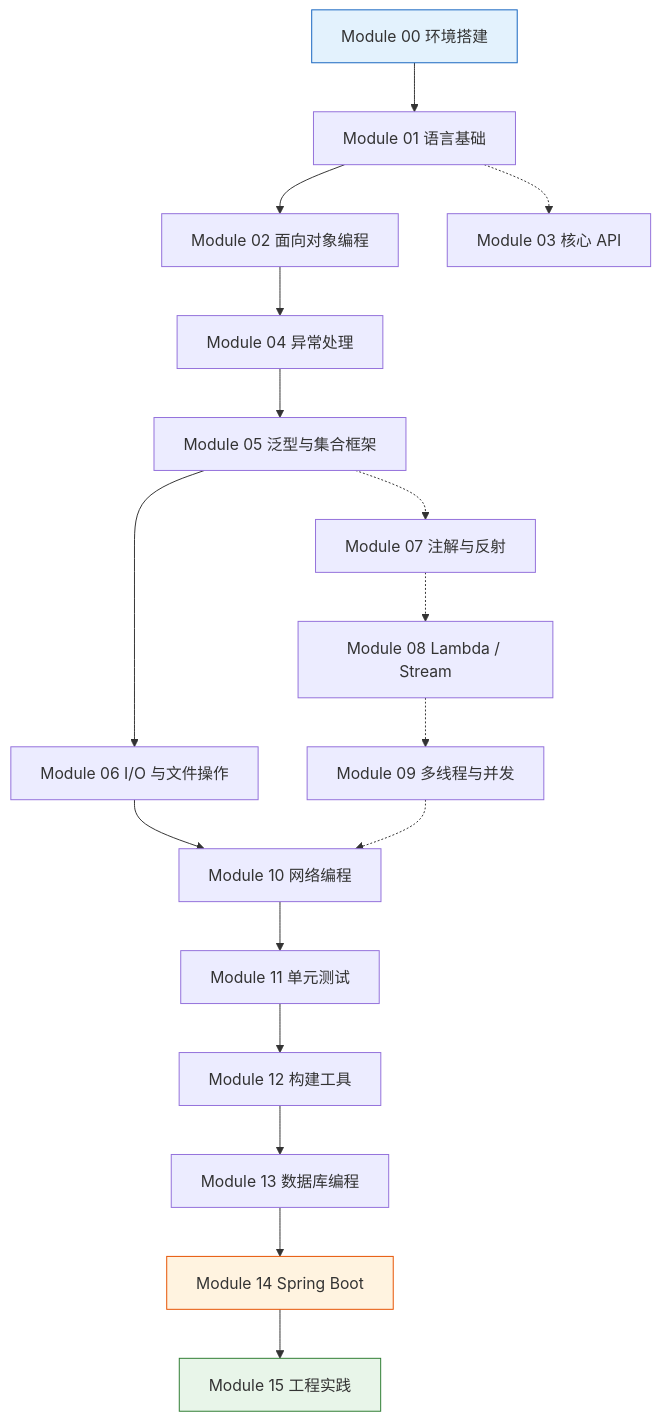
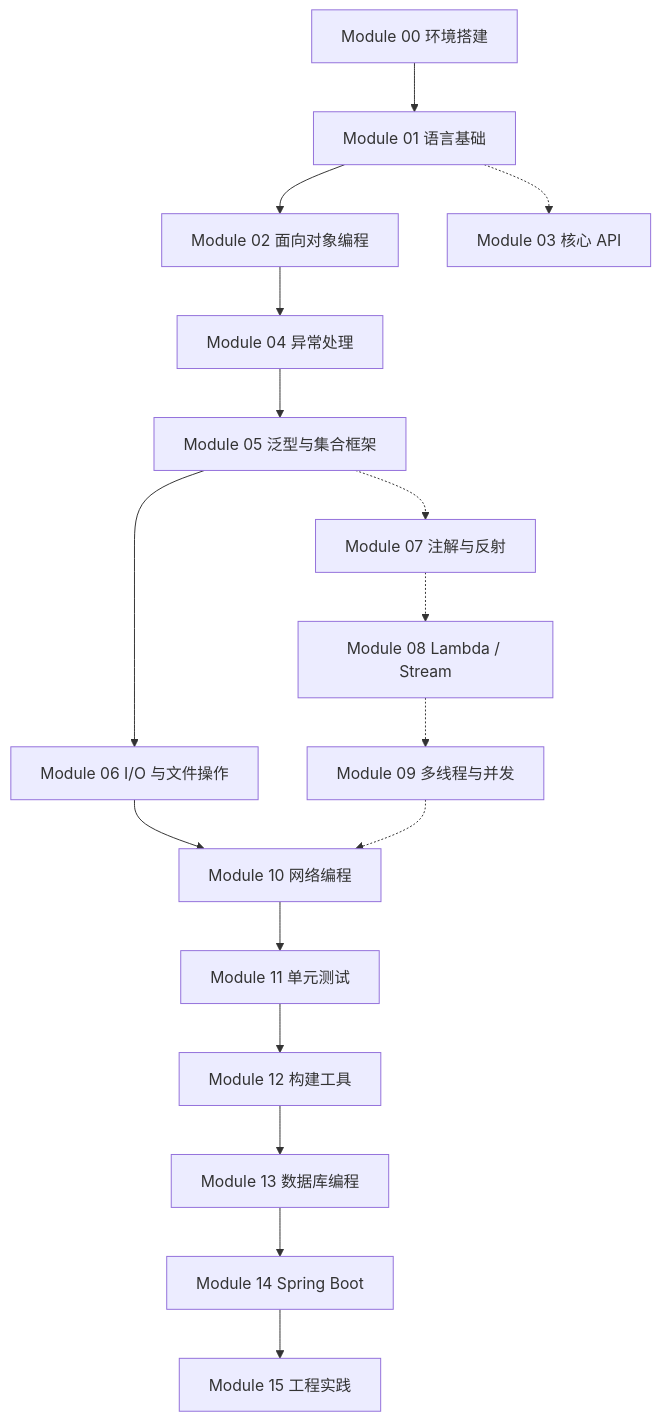
One commit to Ramxxxf/java-learn changed the first of 2 diagrams in Tutorial/README.md. Above: the diagram before and after it, drawn with Mermaid. The commit also changed 2 other files, not shown here.

Commit message:
移除 Mermaid 自定义颜色样式，改用默认主题适配明暗模式

````diff
--- a/Tutorial/README.md
+++ b/Tutorial/README.md
@@ -590,27 +590,24 @@
 ```mermaid
 flowchart TB
     M00[Module 00 环境搭建] --> M01[Module 01 语言基础]
     M01 --> M02[Module 02 面向对象编程]
     M01 -.-> M03[Module 03 核心 API]
 
     M02 --> M04[Module 04 异常处理]
     M04 --> M05[Module 05 泛型与集合框架]
     M05 --> M06[Module 06 I/O 与文件操作]
 
     M05 -.-> M07[Module 07 注解与反射]
     M07 -.-> M08[Module 08 Lambda / Stream]
 
     M06 --> M10[Module 10 网络编程]
     M08 -.-> M09[Module 09 多线程与并发]
     M09 -.-> M10
 
     M10 --> M11[Module 11 单元测试]
     M11 --> M12[Module 12 构建工具]
     M12 --> M13[Module 13 数据库编程]
     M13 --> M14[Module 14 Spring Boot]
     M14 --> M15[Module 15 工程实践]
 
-    style M00 fill:#e3f2fd,stroke:#1565c0
-    style M14 fill:#fff3e0,stroke:#e65100
-    style M15 fill:#e8f5e9,stroke:#2e7d32
 ```
````
